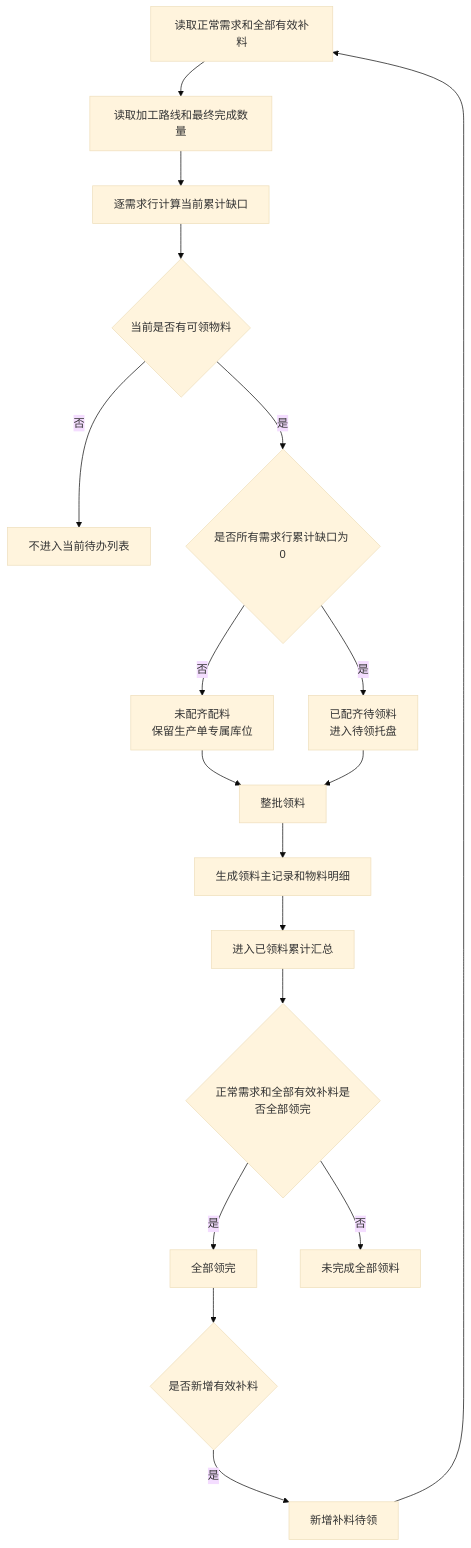
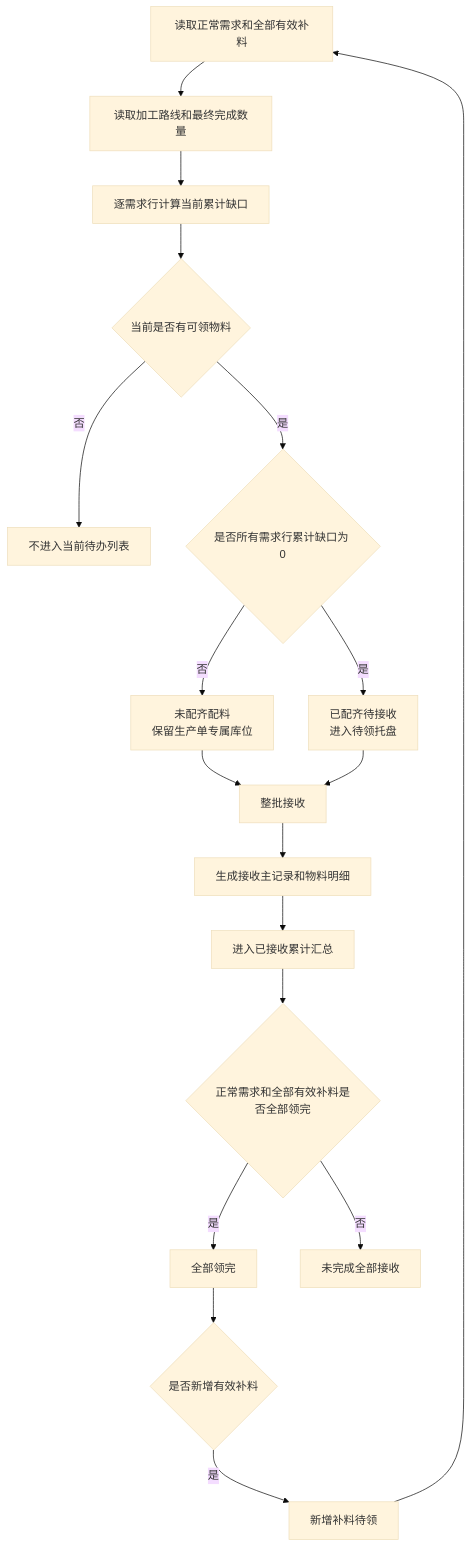
Before and after one commit to laoertongxue/higoods: the second of 2 diagrams in docs/superpowers/specs/2026-07-30-pickup-management-three-list-design.md, drawn with Mermaid (base theme). The commit also changed other lines of this file and 312 other files, not shown here.

````diff
--- a/docs/superpowers/specs/2026-07-30-pickup-management-three-list-design.md
+++ b/docs/superpowers/specs/2026-07-30-pickup-management-three-list-design.md
@@ -442,25 +442,25 @@
 ```mermaid
 flowchart TD
   A["读取正常需求和全部有效补料"] --> B["读取加工路线和最终完成数量"]
   B --> C["逐需求行计算当前累计缺口"]
   C --> D{"当前是否有可领物料"}
 
   D -->|否| E["不进入当前待办列表"]
   D -->|是| F{"是否所有需求行累计缺口为 0"}
 
   F -->|否| G["未配齐配料<br/>保留生产单专属库位"]
-  F -->|是| H["已配齐待领料<br/>进入待领托盘"]
+  F -->|是| H["已配齐待接收<br/>进入待领托盘"]
 
-  G --> I["整批领料"]
+  G --> I["整批接收"]
   H --> I
-  I --> J["生成领料主记录和物料明细"]
-  J --> K["进入已领料累计汇总"]
+  I --> J["生成接收主记录和物料明细"]
+  J --> K["进入已接收累计汇总"]
 
   K --> L{"正常需求和全部有效补料是否全部领完"}
   L -->|是| M["全部领完"]
-  L -->|否| N["未完成全部领料"]
+  L -->|否| N["未完成全部接收"]
 
   M --> O{"是否新增有效补料"}
   O -->|是| P["新增补料待领"]
   P --> A
 ```
````
